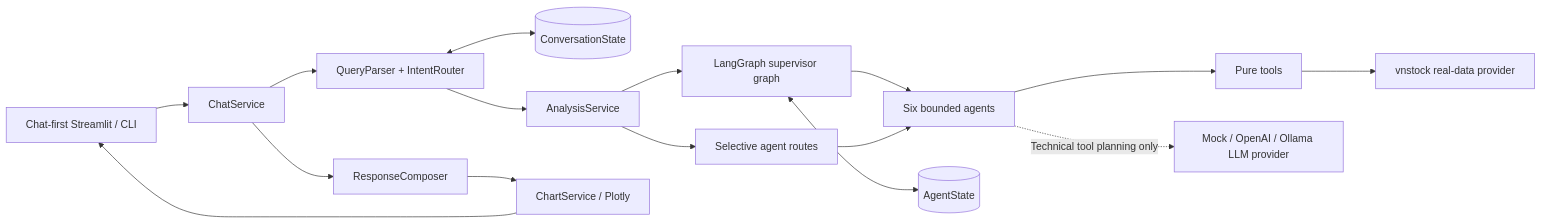
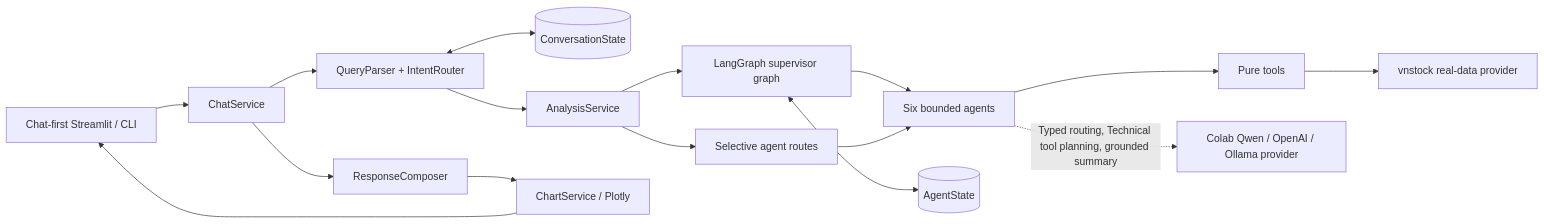
The first of 2 diagrams in docs/architecture.md (Dung1604005/vietnam-stock-research-agent), drawn with Mermaid before and after one commit. The commit also changed other lines of this file and 48 other files, not shown here.

Commit message:
feat: enhance routing, recommendations, and Colab Qwen integration

````diff
--- a/docs/architecture.md
+++ b/docs/architecture.md
@@ -7,18 +7,18 @@
 ```mermaid
 flowchart LR
     UI[Chat-first Streamlit / CLI] --> C[ChatService]
     C --> Q[QueryParser + IntentRouter]
     Q <--> M[(ConversationState)]
     Q --> S[AnalysisService]
     S --> G[LangGraph supervisor graph]
     S --> X[Selective agent routes]
     G --> A[Six bounded agents]
     X --> A
     A --> T[Pure tools]
     T --> P[vnstock real-data provider]
-    A -. Technical tool planning only .-> L[Mock / OpenAI / Ollama LLM provider]
+    A -. Typed routing, Technical tool planning, grounded summary .-> L[Colab Qwen / OpenAI / Ollama provider]
     G <--> ST[(AgentState)]
     C --> R[ResponseComposer]
     R --> CH[ChartService / Plotly]
     CH --> UI
 ```
````
